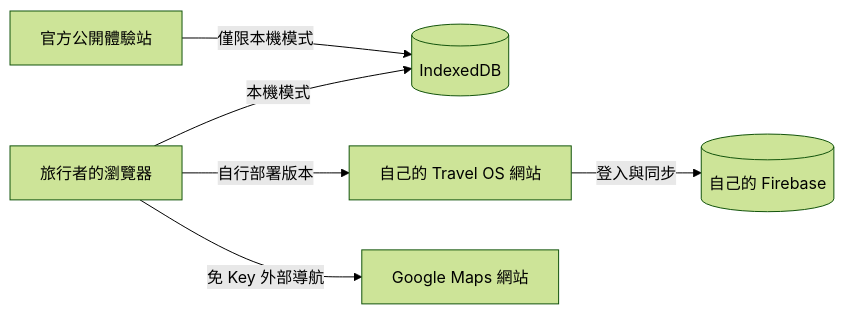
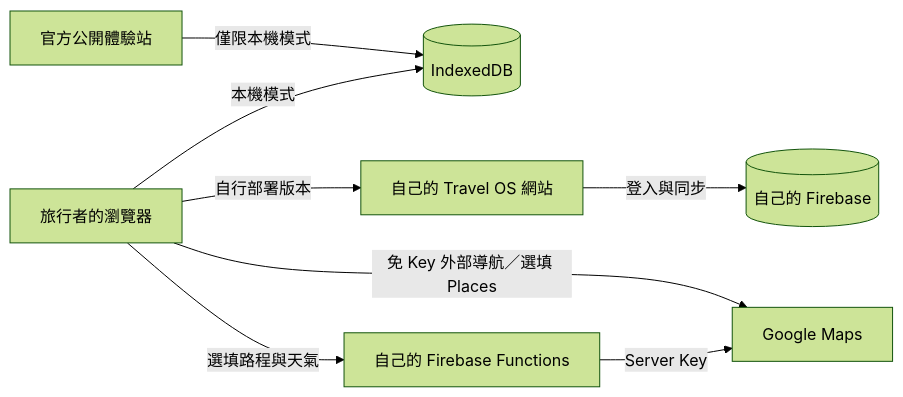
One commit to chenzhu254/Travel-OS-first-run changed the diagram in README.md. Above: the diagram before and after it, drawn with Mermaid (forest theme). The commit also changed other lines of this file and 22 other files, not shown here.

````diff
--- a/README.md
+++ b/README.md
@@ -72,8 +72,10 @@
 ```mermaid
 flowchart LR
     A[旅行者的瀏覽器] -->|本機模式| B[(IndexedDB)]
     A -->|自行部署版本| C[自己的 Travel OS 網站]
     C -->|登入與同步| D[(自己的 Firebase)]
-    A -->|免 Key 外部導航| E[Google Maps 網站]
+    A -->|免 Key 外部導航／選填 Places| E[Google Maps]
+    A -->|選填路程與天氣| G[自己的 Firebase Functions]
+    G -->|Server Key| E
     F[官方公開體驗站] -->|僅限本機模式| B
 ```
````
